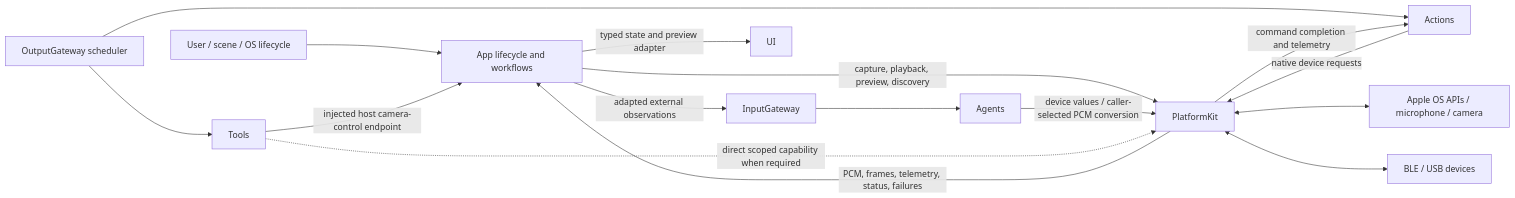
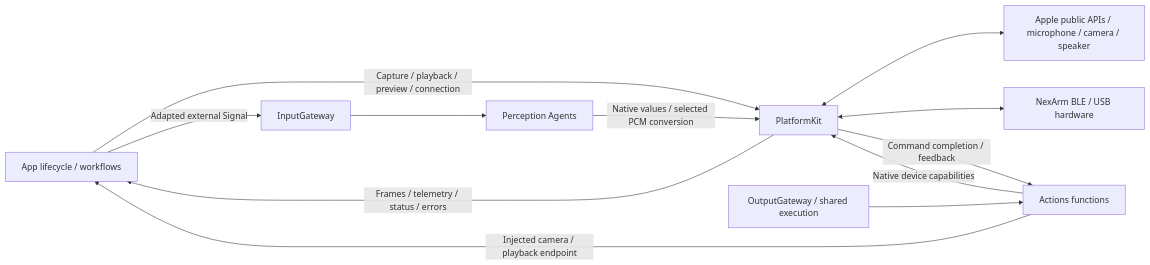
Before and after one commit to devilyouwei/MobileHarness: the first of 2 diagrams in MobileHarness/PlatformKit/README.md, drawn with Mermaid. The commit also changed other lines of this file and 238 other files, not shown here.

First line of the commit message:
Separate callable Actions from Gateway execution and call protocols

````diff
--- a/MobileHarness/PlatformKit/README.md
+++ b/MobileHarness/PlatformKit/README.md
@@ -20,21 +11,14 @@
 ```mermaid
 flowchart LR
-    Intent[User / scene / OS lifecycle] --> App[App lifecycle and workflows]
-    Gateway[OutputGateway scheduler] --> Actions[Actions]
-    Gateway --> Tools[Tools]
-
-    App -->|capture, playback, preview, discovery| Platform[PlatformKit]
-    Actions -->|native device requests| Platform
-    Agents[Agents] -->|device values / caller-selected PCM conversion| Platform
-    Tools -->|injected host camera-control endpoint| App
-    Tools -.->|direct scoped capability when required| Platform
-
-    Platform <--> Systems[Apple OS APIs / microphone / camera]
-    Platform <--> Hardware[BLE / USB devices]
-    Platform -->|PCM, frames, telemetry, status, failures| App
-    Platform -->|command completion and telemetry| Actions
-
-    App -->|adapted external observations| Input[InputGateway]
+    App[App lifecycle / workflows] -->|Capture / playback / preview / connection| SDK[PlatformKit]
+    Gateway[OutputGateway / shared execution] --> Functions[Actions functions]
+    Functions -->|Native device capabilities| SDK
+    Functions -->|Injected camera / playback endpoint| App
+    Agents[Perception Agents] -->|Native values / selected PCM conversion| SDK
+    SDK <--> OS[Apple public APIs / microphone / camera / speaker]
+    SDK <--> Device[NexArm BLE / USB hardware]
+    SDK -->|Frames / telemetry / status / errors| App
+    SDK -->|Command completion / feedback| Functions
+    App -->|Adapted external Signal| Input[InputGateway]
     Input --> Agents
-    App -->|typed state and preview adapter| UI[UI]
 ```
````
